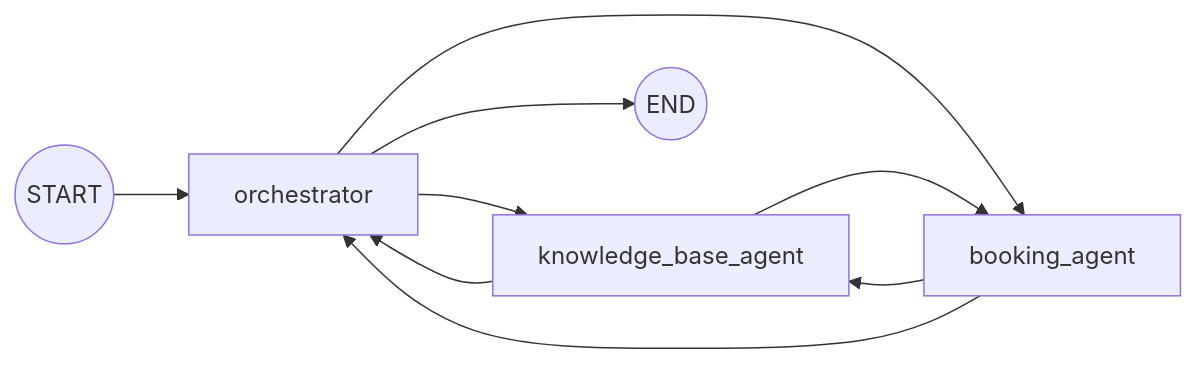
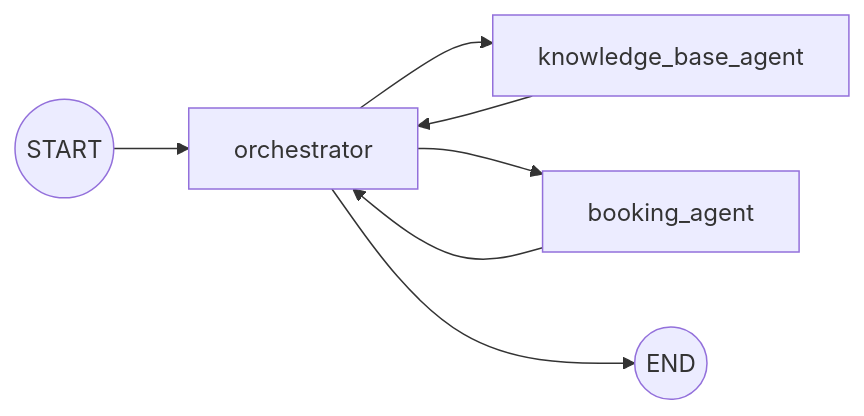
The second of 2 diagrams in README.md (striderr1o1/Ai-Workspace-Operations-Copilot), drawn with Mermaid before and after one commit.

Commit message:
some changes in the readme

````diff
--- a/README.md
+++ b/README.md
@@ -104,11 +104,9 @@
 ```mermaid
 flowchart LR
     S((START)) --> O[orchestrator]
     O --> K[knowledge_base_agent]
     O --> B[booking_agent]
-    K --> B
-    B --> K
     K --> O
     B --> O
     O --> E((END))
 ```
````
